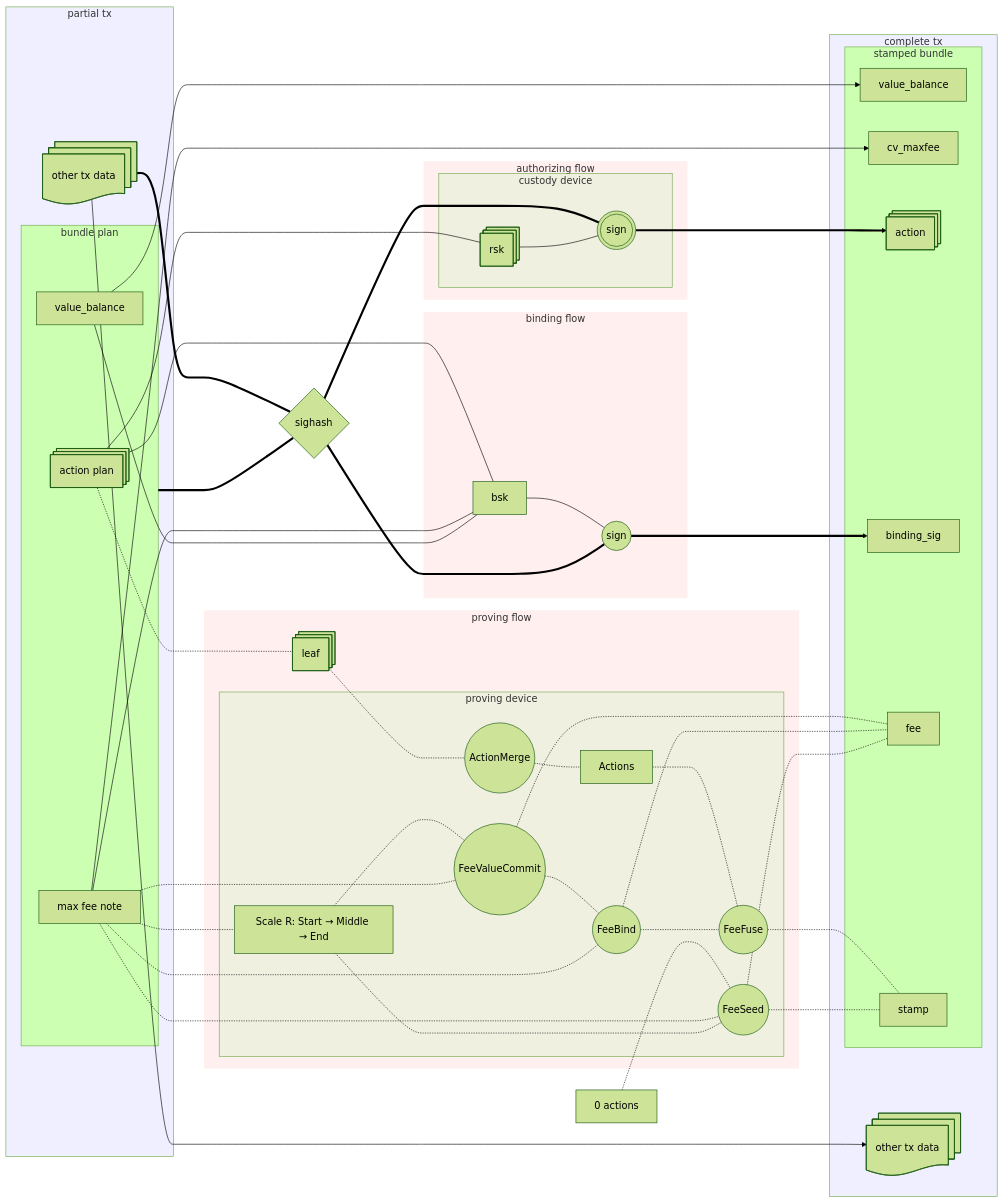
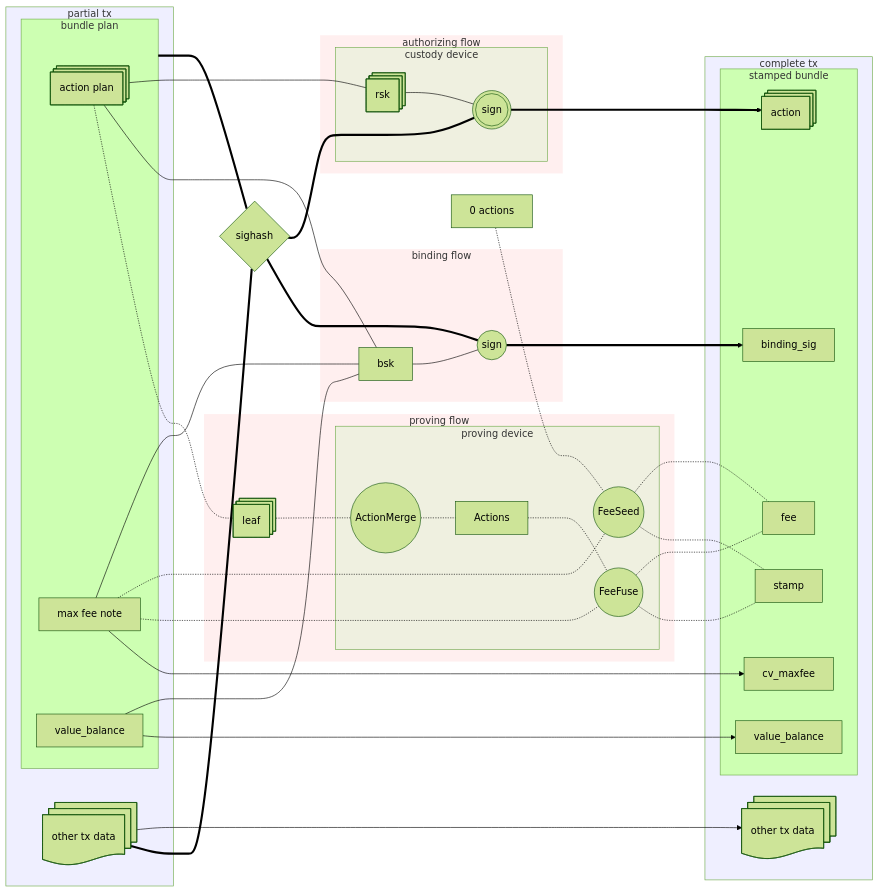
The second of 3 diagrams in book/src/authorization.md (tachyon-zcash/tachyon), drawn with Mermaid (forest theme) before and after one commit. The commit also changed other lines of this file and 17 other files, not shown here.

```diff
--- a/book/src/authorization.md
+++ b/book/src/authorization.md
@@ -228,17 +228,11 @@
             actions[Actions]
             fee_fuse((FeeFuse))
             fee_seed((FeeSeed))
-            fee_r["Scale R: Start → Middle → End"]
-            fee_value((FeeValueCommit))
-            fee_bind((FeeBind))
         end
     end
     action_plan -.- leaf -.- merge -.- actions -.- fee_fuse -.- stamp
     zero_actions["0 actions"] -.- fee_seed -.- stamp
-    max_fee_note -.- fee_r
-    fee_r -.- fee_value -.- fee_bind -.- fee_fuse
-    max_fee_note -.- fee_value & fee_bind & fee_seed -.- fee
-    fee_r -.- fee_seed
+    max_fee_note -.- fee_fuse & fee_seed -.- fee
 
 
     sighash ~~~ binding
```
